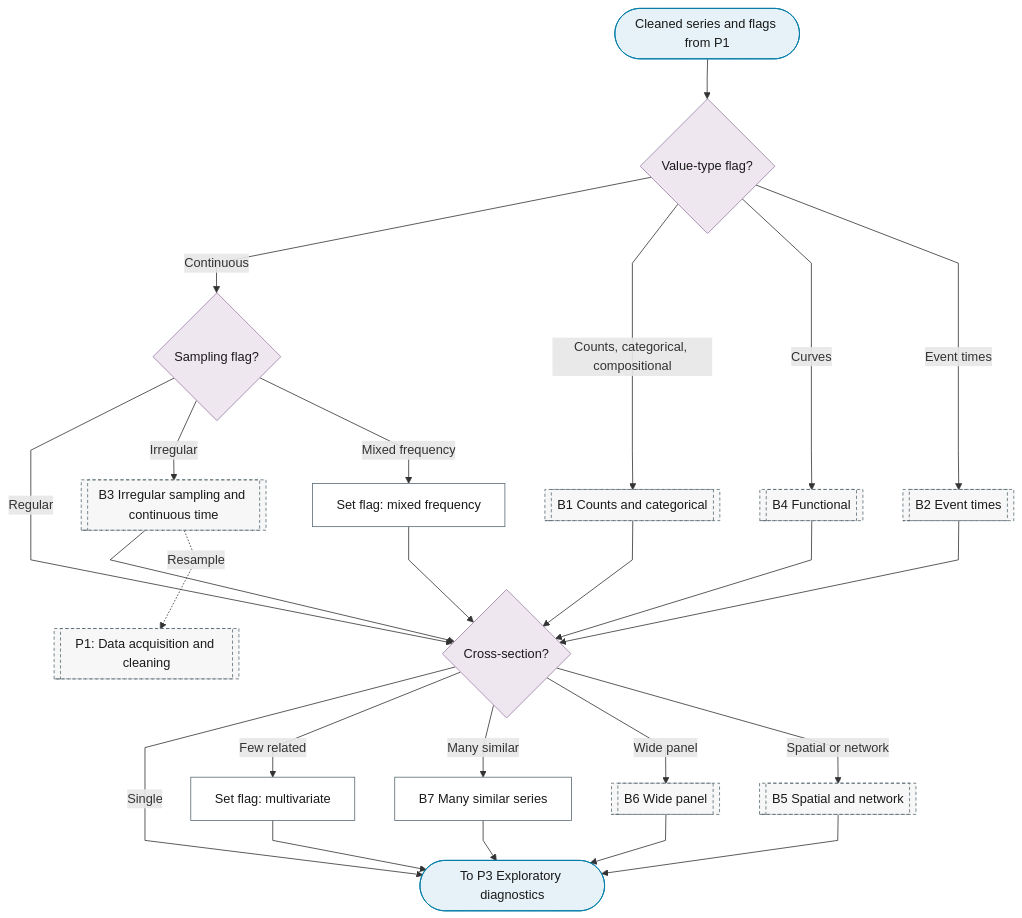
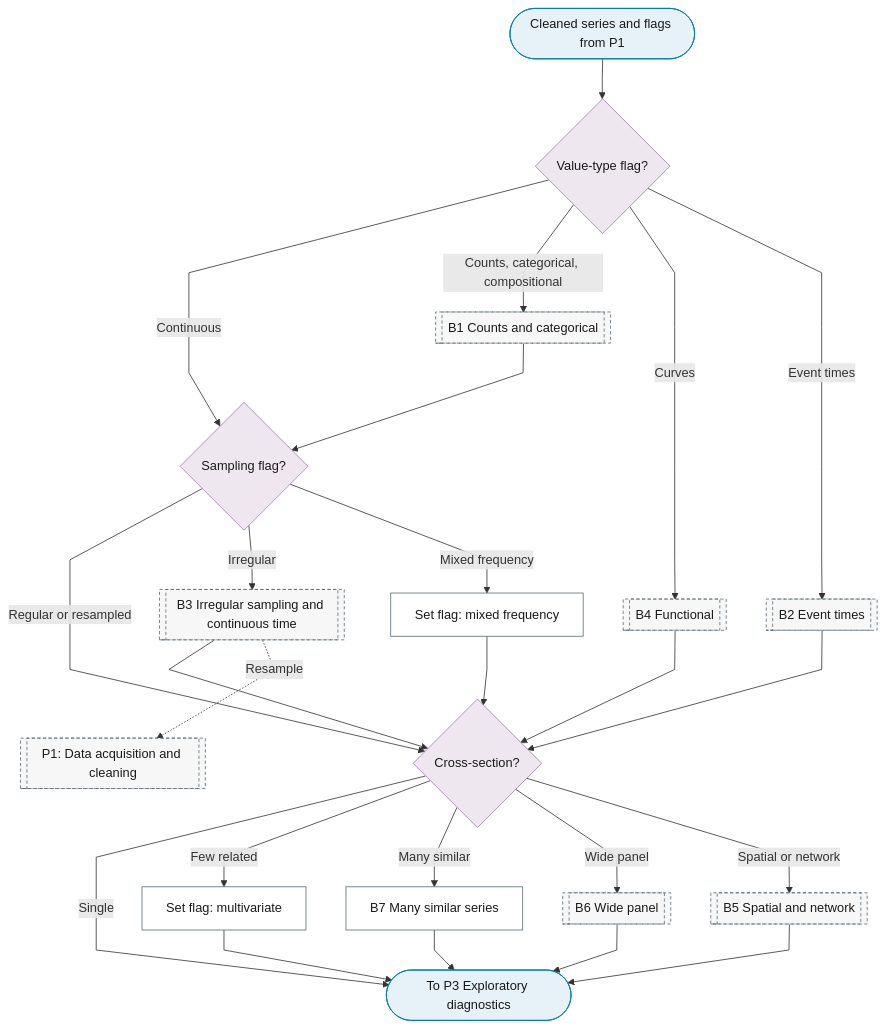
The first of 2 diagrams in docs/01-workflow/p02-data-type-gate.md (Shuxin-Y/time-series-analysis-manual), drawn with Mermaid before and after one commit. The commit also changed other lines of this file and 10 other files, not shown here.

First line of the commit message:
fix(spine): route by value type and structure at every phase; one sampling flag

````diff
--- a/docs/01-workflow/p02-data-type-gate.md
+++ b/docs/01-workflow/p02-data-type-gate.md
@@ -9,33 +9,34 @@
 ```mermaid
 %%{init: {"flowchart": {"curve": "linear"}}}%%
 graph TD
     P2_IN(["Cleaned series and flags from P1"]) --> P2_VALUE_TYPE{"Value-type flag?"}
     P2_VALUE_TYPE -->|"Continuous"| P2_SAMPLING{"Sampling flag?"}
     P2_VALUE_TYPE -->|"Counts, categorical, compositional"| B1[["B1 Counts and categorical"]]
     P2_VALUE_TYPE -->|"Curves"| B4[["B4 Functional"]]
     P2_VALUE_TYPE -->|"Event times"| B2[["B2 Event times"]]
-    P2_SAMPLING -->|"Regular"| P2_STRUCTURE{"Cross-section?"}
+    P2_SAMPLING -->|"Regular or resampled"| P2_STRUCTURE{"Cross-section?"}
     P2_SAMPLING -->|"Irregular"| B3[["B3 Irregular sampling and continuous time"]]
     P2_SAMPLING -->|"Mixed frequency"| P2_MIXED_FREQ_FLAG["Set flag: mixed frequency"]
     P2_MIXED_FREQ_FLAG --> P2_STRUCTURE
-    B1 & B2 & B3 & B4 --> P2_STRUCTURE
+    B1 --> P2_SAMPLING
+    B2 & B3 & B4 --> P2_STRUCTURE
     B3 -.->|"Resample"| P1[["P1: Data acquisition and cleaning"]]
     P2_STRUCTURE -->|"Single"| P2_OUT
     P2_STRUCTURE -->|"Few related"| P2_MULTIVARIATE_FLAG["Set flag: multivariate"]
     P2_STRUCTURE -->|"Many similar"| B7["B7 Many similar series"]
     P2_STRUCTURE -->|"Wide panel"| B6[["B6 Wide panel"]]
     P2_STRUCTURE -->|"Spatial or network"| B5[["B5 Spatial and network"]]
     P2_MULTIVARIATE_FLAG & B7 & B6 & B5 --> P2_OUT(["To P3 Exploratory diagnostics"])
     class P2_IN,P2_OUT terminator
     class P2_VALUE_TYPE,P2_SAMPLING,P2_STRUCTURE decision
     class P2_MIXED_FREQ_FLAG,P2_MULTIVARIATE_FLAG,B7 process
     class B1,B2,B3,B4,B5,B6,P1 ref
     classDef terminator fill:#E6F2F7,stroke:#007BA7,color:#1A1A1A;
     classDef process fill:#FFFFFF,stroke:#5A6B73,color:#1A1A1A;
     classDef decision fill:#EFE7F0,stroke:#9B7FA7,color:#1A1A1A;
     classDef data fill:#FFF4E0,stroke:#C9A55E,color:#1A1A1A;
     classDef good fill:#DCEFD8,stroke:#4A7A3F,color:#1A1A1A;
     classDef escalate fill:#FFE9C2,stroke:#C9A55E,color:#1A1A1A;
     classDef problem fill:#F2D9DE,stroke:#800020,color:#1A1A1A;
     classDef ref fill:#F7F7F7,stroke:#5A6B73,color:#1A1A1A,stroke-dasharray:4 3;
 ```
````
